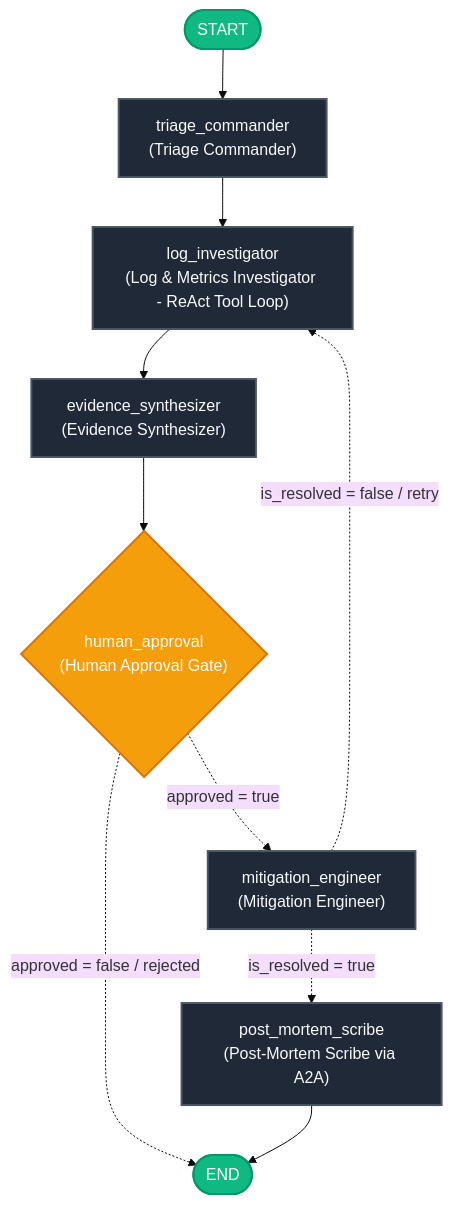
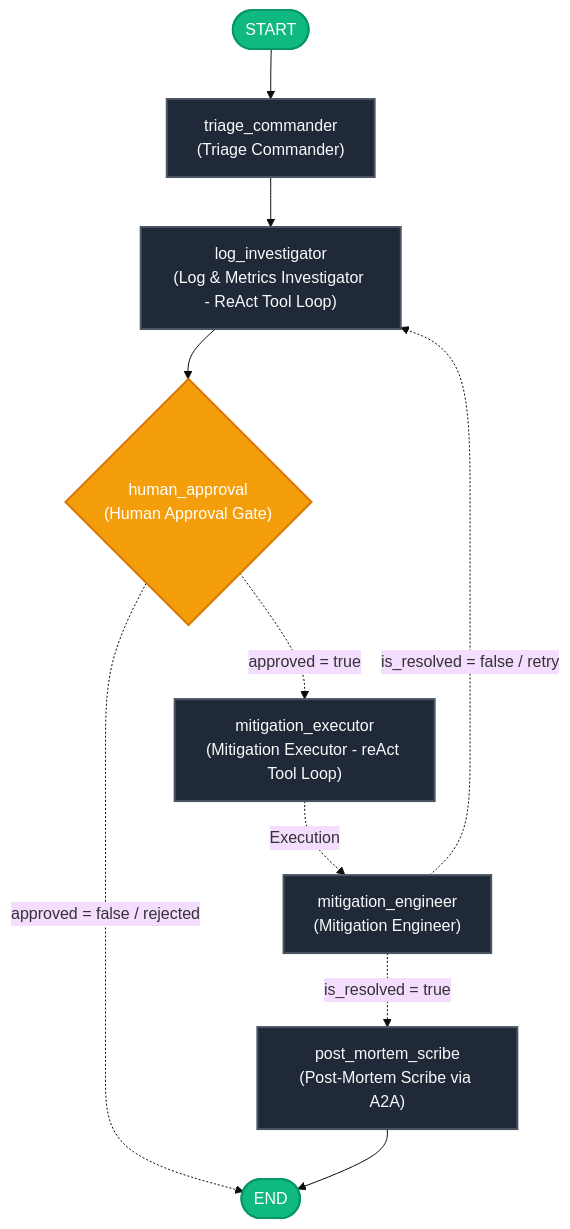
One commit to aahj/automated-infrastructure-and-post-mortem-engine changed the first of 2 diagrams in README.md. Above: the diagram before and after it, drawn with Mermaid (base theme). The commit also changed other lines of this file, not shown here.

````diff
--- a/README.md
+++ b/README.md
@@ -4,33 +4,36 @@
 ```mermaid
 graph TD
     %% Nodes
     START([START]) --> triage_commander[triage_commander<br>#40;Triage Commander#41;]
     
     triage_commander --> log_investigator[log_investigator<br>#40;Log & Metrics Investigator - ReAct Tool Loop#41;]
     
-    log_investigator --> evidence_synthesizer[evidence_synthesizer<br>#40;Evidence Synthesizer#41;]
+    log_investigator --> human_approval{human_approval<br>#40;Human Approval Gate#41;}
 
-    evidence_synthesizer --> human_approval{human_approval<br>#40;Human Approval Gate#41;}
+
+    mitigation_executor[mitigation_executor<br>#40;Mitigation Executor - reAct Tool Loop#41;]
     
     mitigation_engineer[mitigation_engineer<br>#40;Mitigation Engineer#41;]
     post_mortem_scribe[post_mortem_scribe<br>#40;Post-Mortem Scribe via A2A#41;]
     
     END([END])
 
     %% Edge Transitions
-    human_approval -.->|approved = true| mitigation_engineer
+    human_approval -.->|approved = true| mitigation_executor
     human_approval -.->|approved = false / rejected| END
     
     mitigation_engineer -.->|is_resolved = false / retry| log_investigator
     mitigation_engineer -.->|is_resolved = true| post_mortem_scribe
+    
+    mitigation_executor -.->|Execution| mitigation_engineer
     
     post_mortem_scribe --> END
 
     %% Styling
     classDef default fill:#1f2937,stroke:#4b5563,stroke-width:2px,color:#f9fafb;
     classDef startEnd fill:#10b981,stroke:#059669,stroke-width:2px,color:#fff;
     classDef conditional fill:#f59e0b,stroke:#d97706,stroke-width:2px,color:#fff;
     
     class START,END startEnd;
     class human_approval conditional;
 ```
````
